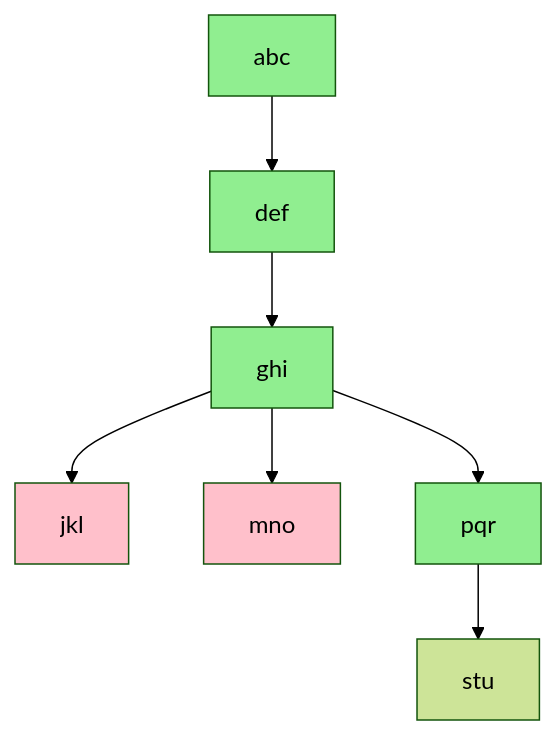
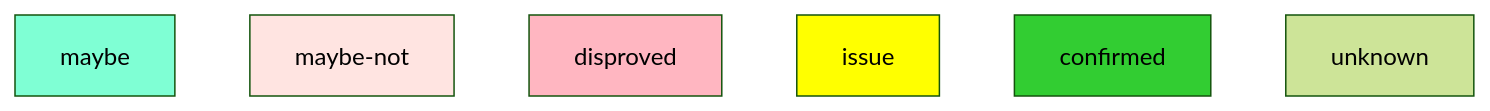
Before and after one commit to livedebug/livedebug: the first of 3 diagrams in docs/obs-studio-3280/README.md, drawn with Mermaid (forest theme). The commit also changed other lines of this file and 1 other file, not shown here.

````diff
--- a/docs/obs-studio-3280/README.md
+++ b/docs/obs-studio-3280/README.md
@@ -41,18 +33,12 @@
 ```mermaid
 graph TD
-  style abc fill:lightgreen
-  style def  fill:lightgreen
-  style ghi fill:lightgreen
-  style jkl fill:pink
-  style mno fill:pink
-  style pqr fill:lightgreen
 
-  abc --> def
-  def --> ghi
-  ghi --> jkl
-  ghi --> mno
-  ghi --> pqr
+style maybe fill:aquamarine
+style maybe-not fill:MistyRose
+style disproved fill:lightpink
+style issue fill:yellow
+style confirmed fill:limegreen
 
-  pqr-->stu
+unknown
 
 ```
````
